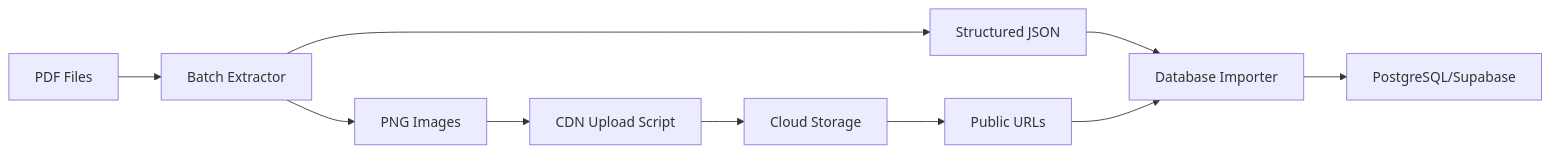
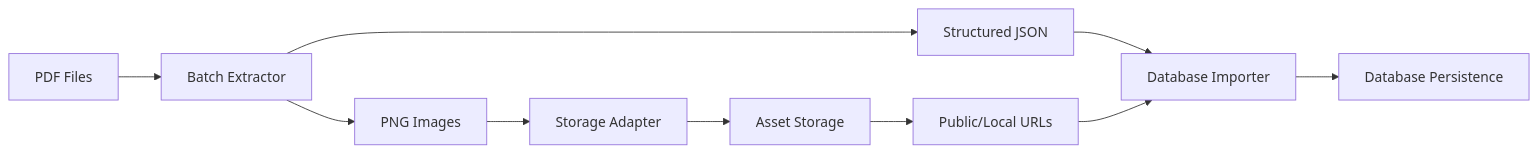
The diagram in docs/technical/SCALABILITY_PLAN.md (shmukit/Edmate), drawn with Mermaid before and after one commit. The commit also changed other lines of this file and 6 other files, not shown here.

````diff
--- a/docs/technical/SCALABILITY_PLAN.md
+++ b/docs/technical/SCALABILITY_PLAN.md
@@ -41,12 +41,12 @@
 ```mermaid
 graph LR
     A[PDF Files] --> B[Batch Extractor]
     B --> C[Structured JSON]
     B --> D[PNG Images]
-    D --> E[CDN Upload Script]
-    E --> F[Cloud Storage]
-    F --> G[Public URLs]
+    D --> E[Storage Adapter]
+    E --> F[Asset Storage]
+    F --> G[Public/Local URLs]
     C --> H[Database Importer]
     G --> H
-    H --> I[PostgreSQL/Supabase]
+    H --> I[Database Persistence]
 ```
````
